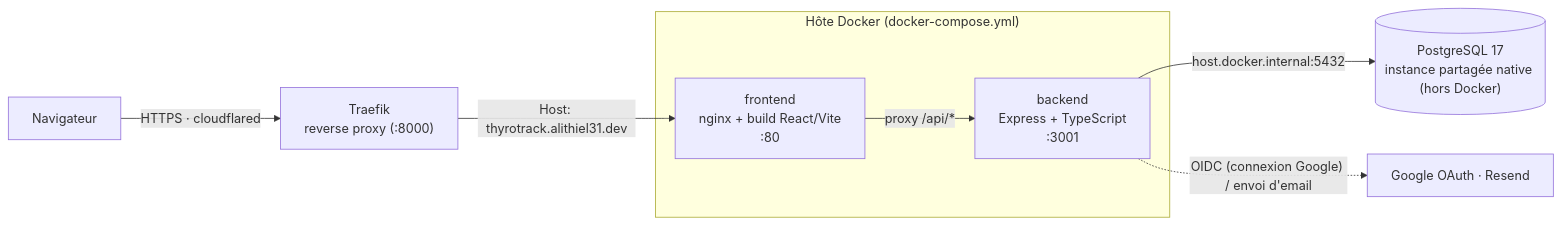
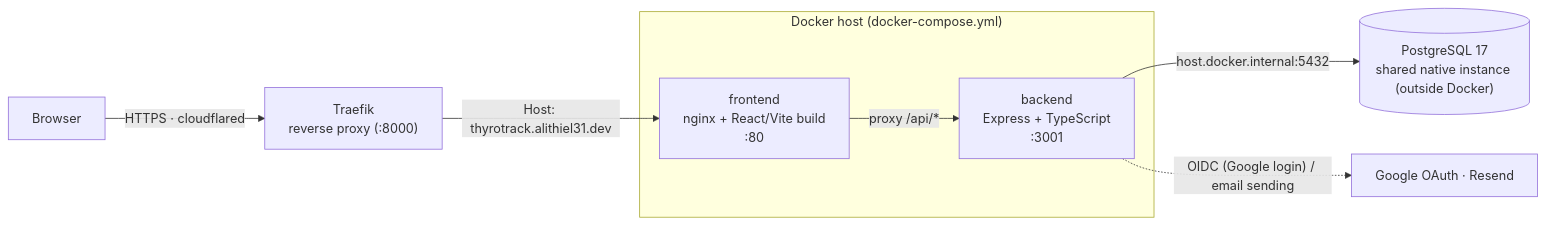
The diagram in README.md (Alithiel31/ThyFollow), drawn with Mermaid before and after one commit. The commit also changed other lines of this file and 6 other files, not shown here.

````diff
--- a/README.md
+++ b/README.md
@@ -40,19 +55,19 @@
 ```mermaid
 flowchart LR
-    UI["Navigateur"]
+    UI["Browser"]
     TR["Traefik<br/>reverse proxy (:8000)"]
 
-    subgraph Host["Hôte Docker (docker-compose.yml)"]
-        FE["frontend<br/>nginx + build React/Vite<br/>:80"]
+    subgraph Host["Docker host (docker-compose.yml)"]
+        FE["frontend<br/>nginx + React/Vite build<br/>:80"]
         BE["backend<br/>Express + TypeScript<br/>:3001"]
         FE -- "proxy /api/*" --> BE
     end
 
-    DB[("PostgreSQL 17<br/>instance partagée native (hors Docker)")]
+    DB[("PostgreSQL 17<br/>shared native instance (outside Docker)")]
     EXT["Google OAuth · Resend"]
 
     UI -- "HTTPS · cloudflared" --> TR
     TR -- "Host: thyrotrack.alithiel31.dev" --> FE
     BE -- "host.docker.internal:5432" --> DB
-    BE -. "OIDC (connexion Google) / envoi d'email" .-> EXT
+    BE -. "OIDC (Google login) / email sending" .-> EXT
 ```
````
